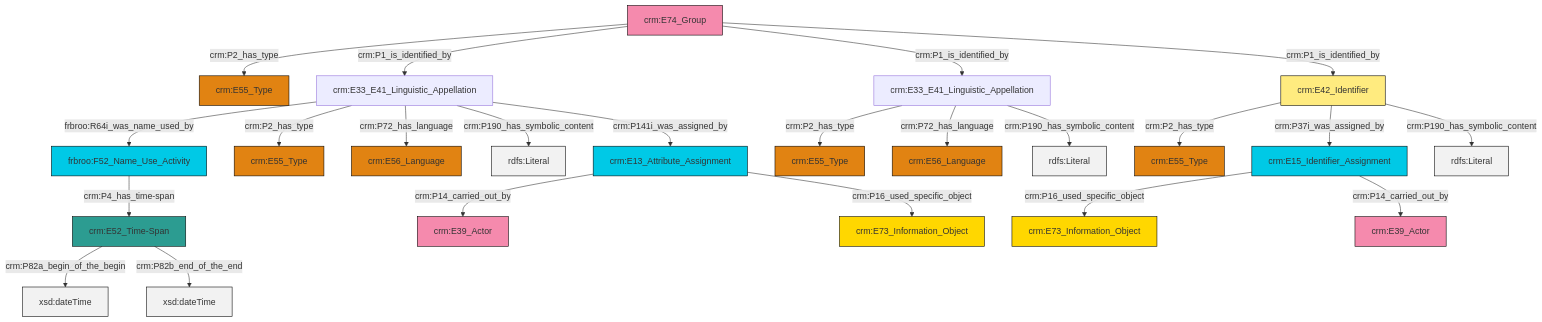
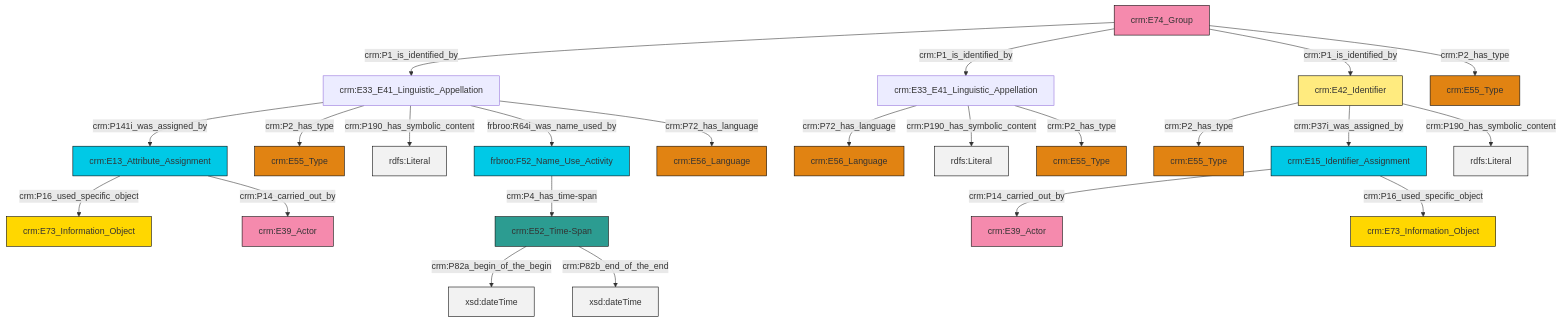
The diagram in et/groupCSV/ttl/mmd/group_name.ttl.mmd (swiss-art-research-net/reference-data-models), drawn with Mermaid before and after one commit. The commit also changed 125 other files, not shown here.

```diff
--- a/et/groupCSV/ttl/mmd/group_name.ttl.mmd
+++ b/et/groupCSV/ttl/mmd/group_name.ttl.mmd
@@ -1,37 +1,37 @@
 graph TD
 classDef Literal fill:#f2f2f2,stroke:#000000;
 classDef CRM_Entity fill:#FFFFFF,stroke:#000000;
 classDef Temporal_Entity fill:#00C9E6, stroke:#000000;
 classDef Type fill:#E18312, stroke:#000000;
 classDef Time-Span fill:#2C9C91, stroke:#000000;
 classDef Appellation fill:#FFEB7F, stroke:#000000;
 classDef Place fill:#008836, stroke:#000000;
 classDef Persistent_Item fill:#B266B2, stroke:#000000;
 classDef Conceptual_Object fill:#FFD700, stroke:#000000;
 classDef Physical_Thing fill:#D2B48C, stroke:#000000;
 classDef Actor fill:#f58aad, stroke:#000000;
 classDef PC_Classes fill:#4ce600, stroke:#000000;
 classDef Multi fill:#cccccc,stroke:#000000;
 
-4["crm:E33_E41_Linguistic_Appellation"]:::Default -->|frbroo:R64i_was_name_used_by| 5["frbroo:F52_Name_Use_Activity"]:::Temporal_Entity
-6["crm:E15_Identifier_Assignment"]:::Temporal_Entity -->|crm:P16_used_specific_object| 8["crm:E73_Information_Object"]:::Conceptual_Object
-9["crm:E33_E41_Linguistic_Appellation"]:::Default -->|crm:P2_has_type| 10["crm:E55_Type"]:::Type
-4["crm:E33_E41_Linguistic_Appellation"]:::Default -->|crm:P2_has_type| 11["crm:E55_Type"]:::Type
-5["frbroo:F52_Name_Use_Activity"]:::Temporal_Entity -->|crm:P4_has_time-span| 2["crm:E52_Time-Span"]:::Time-Span
-16["crm:E13_Attribute_Assignment"]:::Temporal_Entity -->|crm:P14_carried_out_by| 14["crm:E39_Actor"]:::Actor
-0["crm:E74_Group"]:::Actor -->|crm:P2_has_type| 19["crm:E55_Type"]:::Type
-4["crm:E33_E41_Linguistic_Appellation"]:::Default -->|crm:P72_has_language| 21["crm:E56_Language"]:::Type
-16["crm:E13_Attribute_Assignment"]:::Temporal_Entity -->|crm:P16_used_specific_object| 22["crm:E73_Information_Object"]:::Conceptual_Object
-9["crm:E33_E41_Linguistic_Appellation"]:::Default -->|crm:P72_has_language| 23["crm:E56_Language"]:::Type
-12["crm:E42_Identifier"]:::Appellation -->|crm:P2_has_type| 24["crm:E55_Type"]:::Type
-12["crm:E42_Identifier"]:::Appellation -->|crm:P37i_was_assigned_by| 6["crm:E15_Identifier_Assignment"]:::Temporal_Entity
-2["crm:E52_Time-Span"]:::Time-Span -->|crm:P82a_begin_of_the_begin| 25[xsd:dateTime]:::Literal
-9["crm:E33_E41_Linguistic_Appellation"]:::Default -->|crm:P190_has_symbolic_content| 26[rdfs:Literal]:::Literal
-2["crm:E52_Time-Span"]:::Time-Span -->|crm:P82b_end_of_the_end| 29[xsd:dateTime]:::Literal
-4["crm:E33_E41_Linguistic_Appellation"]:::Default -->|crm:P190_has_symbolic_content| 32[rdfs:Literal]:::Literal
-4["crm:E33_E41_Linguistic_Appellation"]:::Default -->|crm:P141i_was_assigned_by| 16["crm:E13_Attribute_Assignment"]:::Temporal_Entity
-0["crm:E74_Group"]:::Actor -->|crm:P1_is_identified_by| 4["crm:E33_E41_Linguistic_Appellation"]:::Default
-0["crm:E74_Group"]:::Actor -->|crm:P1_is_identified_by| 9["crm:E33_E41_Linguistic_Appellation"]:::Default
-12["crm:E42_Identifier"]:::Appellation -->|crm:P190_has_symbolic_content| 40[rdfs:Literal]:::Literal
-0["crm:E74_Group"]:::Actor -->|crm:P1_is_identified_by| 12["crm:E42_Identifier"]:::Appellation
-6["crm:E15_Identifier_Assignment"]:::Temporal_Entity -->|crm:P14_carried_out_by| 37["crm:E39_Actor"]:::Actor
+0["crm:E42_Identifier"]:::Appellation -->|crm:P2_has_type| 1["crm:E55_Type"]:::Type
+0["crm:E42_Identifier"]:::Appellation -->|crm:P37i_was_assigned_by| 2["crm:E15_Identifier_Assignment"]:::Temporal_Entity
+3["crm:E33_E41_Linguistic_Appellation"]:::Default -->|crm:P141i_was_assigned_by| 4["crm:E13_Attribute_Assignment"]:::Temporal_Entity
+9["crm:E33_E41_Linguistic_Appellation"]:::Default -->|crm:P72_has_language| 10["crm:E56_Language"]:::Type
+0["crm:E42_Identifier"]:::Appellation -->|crm:P190_has_symbolic_content| 11[rdfs:Literal]:::Literal
+5["crm:E74_Group"]:::Actor -->|crm:P1_is_identified_by| 3["crm:E33_E41_Linguistic_Appellation"]:::Default
+5["crm:E74_Group"]:::Actor -->|crm:P1_is_identified_by| 9["crm:E33_E41_Linguistic_Appellation"]:::Default
+12["crm:E52_Time-Span"]:::Time-Span -->|crm:P82a_begin_of_the_begin| 13[xsd:dateTime]:::Literal
+3["crm:E33_E41_Linguistic_Appellation"]:::Default -->|crm:P2_has_type| 14["crm:E55_Type"]:::Type
+5["crm:E74_Group"]:::Actor -->|crm:P1_is_identified_by| 0["crm:E42_Identifier"]:::Appellation
+9["crm:E33_E41_Linguistic_Appellation"]:::Default -->|crm:P190_has_symbolic_content| 18[rdfs:Literal]:::Literal
+9["crm:E33_E41_Linguistic_Appellation"]:::Default -->|crm:P2_has_type| 19["crm:E55_Type"]:::Type
+4["crm:E13_Attribute_Assignment"]:::Temporal_Entity -->|crm:P16_used_specific_object| 20["crm:E73_Information_Object"]:::Conceptual_Object
+2["crm:E15_Identifier_Assignment"]:::Temporal_Entity -->|crm:P14_carried_out_by| 21["crm:E39_Actor"]:::Actor
+3["crm:E33_E41_Linguistic_Appellation"]:::Default -->|crm:P190_has_symbolic_content| 22[rdfs:Literal]:::Literal
+3["crm:E33_E41_Linguistic_Appellation"]:::Default -->|frbroo:R64i_was_name_used_by| 7["frbroo:F52_Name_Use_Activity"]:::Temporal_Entity
+2["crm:E15_Identifier_Assignment"]:::Temporal_Entity -->|crm:P16_used_specific_object| 24["crm:E73_Information_Object"]:::Conceptual_Object
+12["crm:E52_Time-Span"]:::Time-Span -->|crm:P82b_end_of_the_end| 27[xsd:dateTime]:::Literal
+7["frbroo:F52_Name_Use_Activity"]:::Temporal_Entity -->|crm:P4_has_time-span| 12["crm:E52_Time-Span"]:::Time-Span
+4["crm:E13_Attribute_Assignment"]:::Temporal_Entity -->|crm:P14_carried_out_by| 16["crm:E39_Actor"]:::Actor
+5["crm:E74_Group"]:::Actor -->|crm:P2_has_type| 25["crm:E55_Type"]:::Type
+3["crm:E33_E41_Linguistic_Appellation"]:::Default -->|crm:P72_has_language| 35["crm:E56_Language"]:::Type
```
